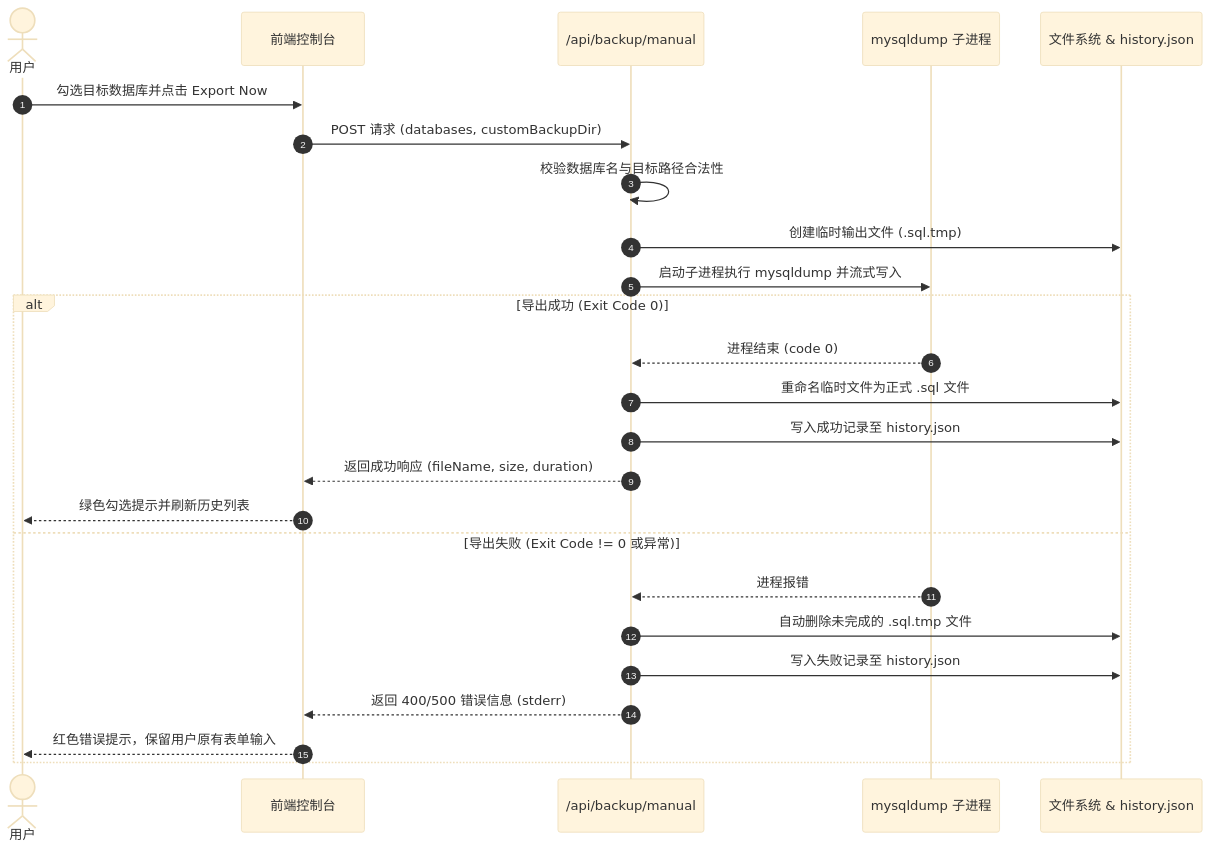
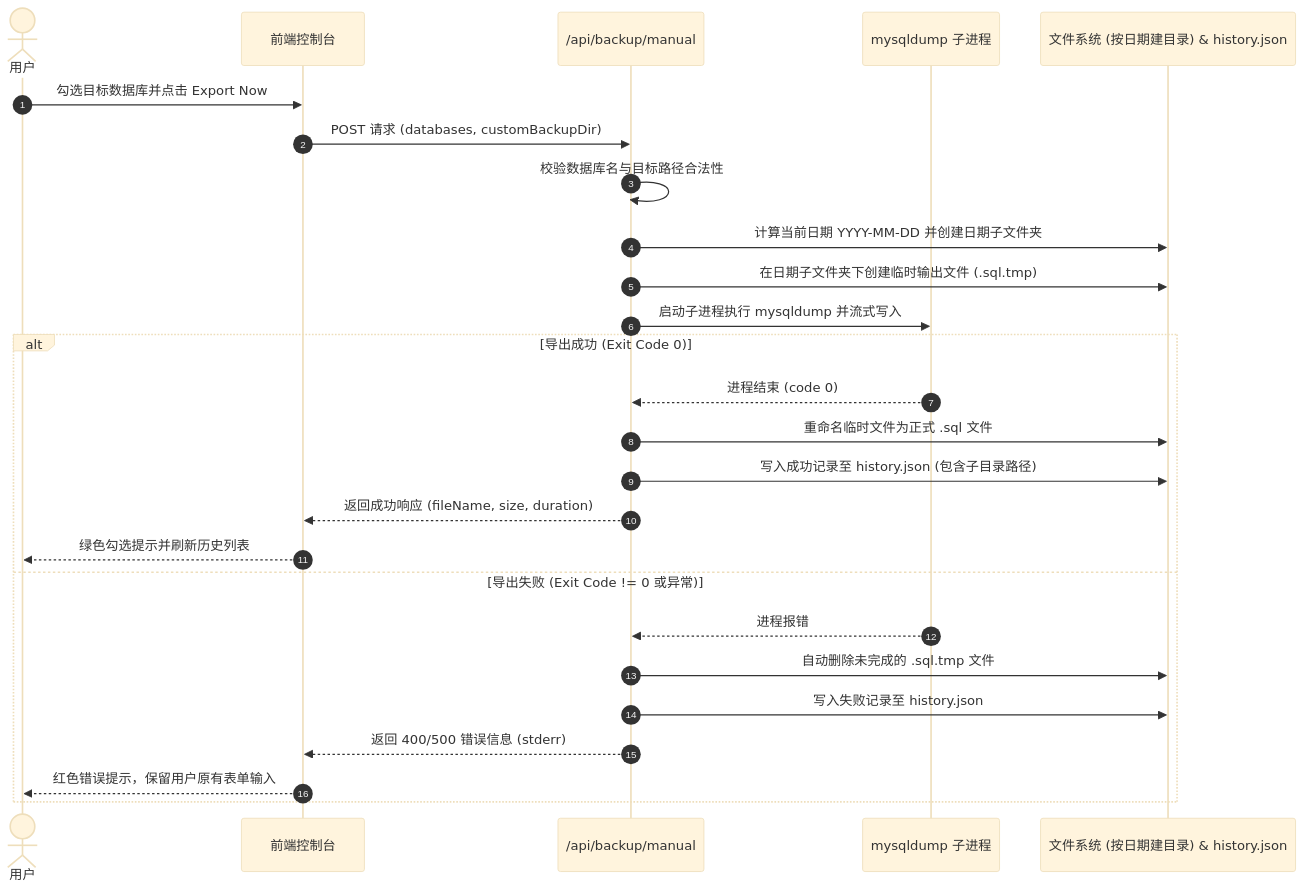
Before and after one commit to weiyang0903/autobackup: the diagram in docs/MANUAL_BACKUP.md, drawn with Mermaid (base theme). The commit also changed other lines of this file and 7 other files, not shown here.

````diff
--- a/docs/MANUAL_BACKUP.md
+++ b/docs/MANUAL_BACKUP.md
@@ -15,28 +15,29 @@
 ```mermaid
 sequenceDiagram
     autonumber
     actor User as 用户
     participant UI as 前端控制台
     participant API as /api/backup/manual
     participant Dump as mysqldump 子进程
-    participant Storage as 文件系统 & history.json
+    participant Storage as 文件系统 (按日期建目录) & history.json
 
     User->>UI: 勾选目标数据库并点击 Export Now
     UI->>API: POST 请求 (databases, customBackupDir)
     API->>API: 校验数据库名与目标路径合法性
-    API->>Storage: 创建临时输出文件 (.sql.tmp)
+    API->>Storage: 计算当前日期 YYYY-MM-DD 并创建日期子文件夹
+    API->>Storage: 在日期子文件夹下创建临时输出文件 (.sql.tmp)
     API->>Dump: 启动子进程执行 mysqldump 并流式写入
     alt 导出成功 (Exit Code 0)
         Dump-->>API: 进程结束 (code 0)
         API->>Storage: 重命名临时文件为正式 .sql 文件
-        API->>Storage: 写入成功记录至 history.json
+        API->>Storage: 写入成功记录至 history.json (包含子目录路径)
         API-->>UI: 返回成功响应 (fileName, size, duration)
         UI-->>User: 绿色勾选提示并刷新历史列表
     else 导出失败 (Exit Code != 0 或异常)
         Dump-->>API: 进程报错
         API->>Storage: 自动删除未完成的 .sql.tmp 文件
         API->>Storage: 写入失败记录至 history.json
         API-->>UI: 返回 400/500 错误信息 (stderr)
         UI-->>User: 红色错误提示，保留用户原有表单输入
     end
 ```
````
